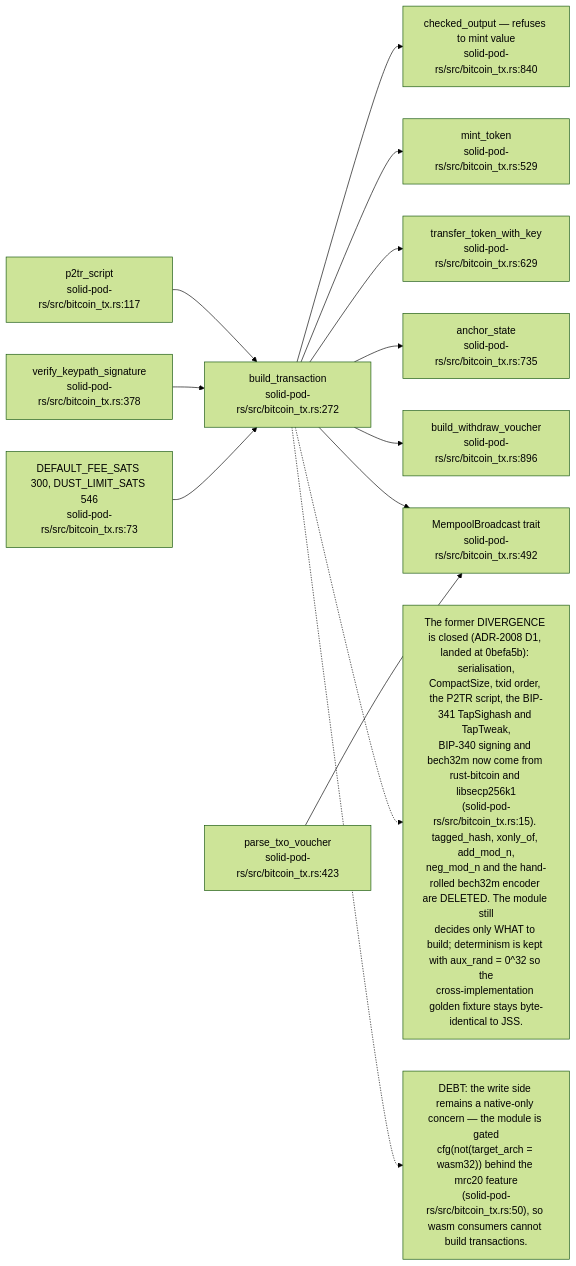
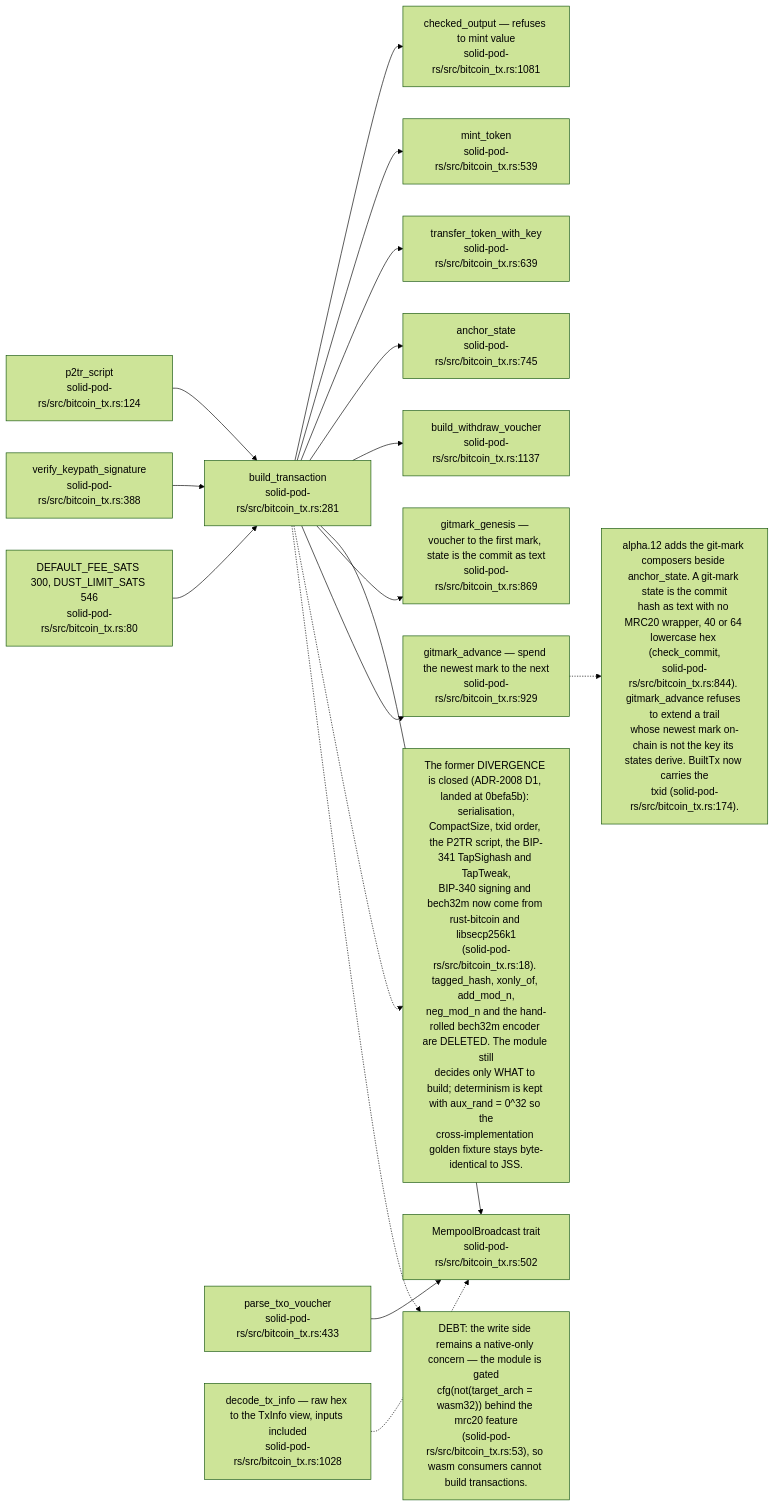
Before and after one commit to DreamLab-AI/VisionFlow: the ninth of 19 diagrams in docs/diagrams/solid-pod-rs/07-provenance-and-payments.md, drawn with Mermaid (forest theme). The commit also changed other lines of this file and 26 other files, not shown here.

First line of the commit message:
docs(diagrams): re-verify solid-pod-rs, nostr-rust-forum and visionclaw 22/36 against HEAD

````diff
--- a/docs/diagrams/solid-pod-rs/07-provenance-and-payments.md
+++ b/docs/diagrams/solid-pod-rs/07-provenance-and-payments.md
@@ -259,29 +274,37 @@
 ```mermaid
 flowchart LR
-    BLD["build_transaction<br/>solid-pod-rs/src/bitcoin_tx.rs:272"]
-    P2TR["p2tr_script<br/>solid-pod-rs/src/bitcoin_tx.rs:117"]
-    VS["verify_keypath_signature<br/>solid-pod-rs/src/bitcoin_tx.rs:378"]
-    FEE["DEFAULT_FEE_SATS 300, DUST_LIMIT_SATS 546<br/>solid-pod-rs/src/bitcoin_tx.rs:73"]
-    CO["checked_output — refuses to mint value<br/>solid-pod-rs/src/bitcoin_tx.rs:840"]
-    MINT["mint_token<br/>solid-pod-rs/src/bitcoin_tx.rs:529"]
-    XFER["transfer_token_with_key<br/>solid-pod-rs/src/bitcoin_tx.rs:629"]
-    ANC["anchor_state<br/>solid-pod-rs/src/bitcoin_tx.rs:735"]
-    VCH["build_withdraw_voucher<br/>solid-pod-rs/src/bitcoin_tx.rs:896"]
-    TXO["parse_txo_voucher<br/>solid-pod-rs/src/bitcoin_tx.rs:423"]
-    BC["MempoolBroadcast trait<br/>solid-pod-rs/src/bitcoin_tx.rs:492"]
+    BLD["build_transaction<br/>solid-pod-rs/src/bitcoin_tx.rs:281"]
+    P2TR["p2tr_script<br/>solid-pod-rs/src/bitcoin_tx.rs:124"]
+    VS["verify_keypath_signature<br/>solid-pod-rs/src/bitcoin_tx.rs:388"]
+    FEE["DEFAULT_FEE_SATS 300, DUST_LIMIT_SATS 546<br/>solid-pod-rs/src/bitcoin_tx.rs:80"]
+    CO["checked_output — refuses to mint value<br/>solid-pod-rs/src/bitcoin_tx.rs:1081"]
+    MINT["mint_token<br/>solid-pod-rs/src/bitcoin_tx.rs:539"]
+    XFER["transfer_token_with_key<br/>solid-pod-rs/src/bitcoin_tx.rs:639"]
+    ANC["anchor_state<br/>solid-pod-rs/src/bitcoin_tx.rs:745"]
+    VCH["build_withdraw_voucher<br/>solid-pod-rs/src/bitcoin_tx.rs:1137"]
+    TXO["parse_txo_voucher<br/>solid-pod-rs/src/bitcoin_tx.rs:433"]
+    BC["MempoolBroadcast trait<br/>solid-pod-rs/src/bitcoin_tx.rs:502"]
+    GG["gitmark_genesis — voucher to the first mark, state is the commit as text<br/>solid-pod-rs/src/bitcoin_tx.rs:869"]
+    GA["gitmark_advance — spend the newest mark to the next<br/>solid-pod-rs/src/bitcoin_tx.rs:929"]
+    DTI["decode_tx_info — raw hex to the TxInfo view, inputs included<br/>solid-pod-rs/src/bitcoin_tx.rs:1028"]
 
     P2TR --> BLD --> CO
     BLD --> MINT
     BLD --> XFER
     BLD --> ANC
     BLD --> VCH
     BLD --> BC
+    BLD --> GG
+    BLD --> GA
+    DTI -.-> BC
     VS --> BLD
     FEE --> BLD
     TXO --> BC
 
-    N["The former DIVERGENCE is closed (ADR-2008 D1, landed at 0befa5b): serialisation,<br/>CompactSize, txid order, the P2TR script, the BIP-341 TapSighash and TapTweak,<br/>BIP-340 signing and bech32m now come from rust-bitcoin and libsecp256k1<br/>(solid-pod-rs/src/bitcoin_tx.rs:15). tagged_hash, xonly_of, add_mod_n,<br/>neg_mod_n and the hand-rolled bech32m encoder are DELETED. The module still<br/>decides only WHAT to build; determinism is kept with aux_rand = 0^32 so the<br/>cross-implementation golden fixture stays byte-identical to JSS."]
+    N["The former DIVERGENCE is closed (ADR-2008 D1, landed at 0befa5b): serialisation,<br/>CompactSize, txid order, the P2TR script, the BIP-341 TapSighash and TapTweak,<br/>BIP-340 signing and bech32m now come from rust-bitcoin and libsecp256k1<br/>(solid-pod-rs/src/bitcoin_tx.rs:18). tagged_hash, xonly_of, add_mod_n,<br/>neg_mod_n and the hand-rolled bech32m encoder are DELETED. The module still<br/>decides only WHAT to build; determinism is kept with aux_rand = 0^32 so the<br/>cross-implementation golden fixture stays byte-identical to JSS."]
     BLD -.-> N
-    N2["DEBT: the write side remains a native-only concern — the module is gated<br/>cfg(not(target_arch = wasm32)) behind the mrc20 feature<br/>(solid-pod-rs/src/bitcoin_tx.rs:50), so wasm consumers cannot build transactions."]
+    N3["alpha.12 adds the git-mark composers beside anchor_state. A git-mark state is the commit<br/>hash as text with no MRC20 wrapper, 40 or 64 lowercase hex (check_commit,<br/>solid-pod-rs/src/bitcoin_tx.rs:844). gitmark_advance refuses to extend a trail<br/>whose newest mark on-chain is not the key its states derive. BuiltTx now carries the<br/>txid (solid-pod-rs/src/bitcoin_tx.rs:174)."]
+    GA -.-> N3
+    N2["DEBT: the write side remains a native-only concern — the module is gated<br/>cfg(not(target_arch = wasm32)) behind the mrc20 feature<br/>(solid-pod-rs/src/bitcoin_tx.rs:53), so wasm consumers cannot build transactions."]
     BLD -.-> N2
 ```
````
